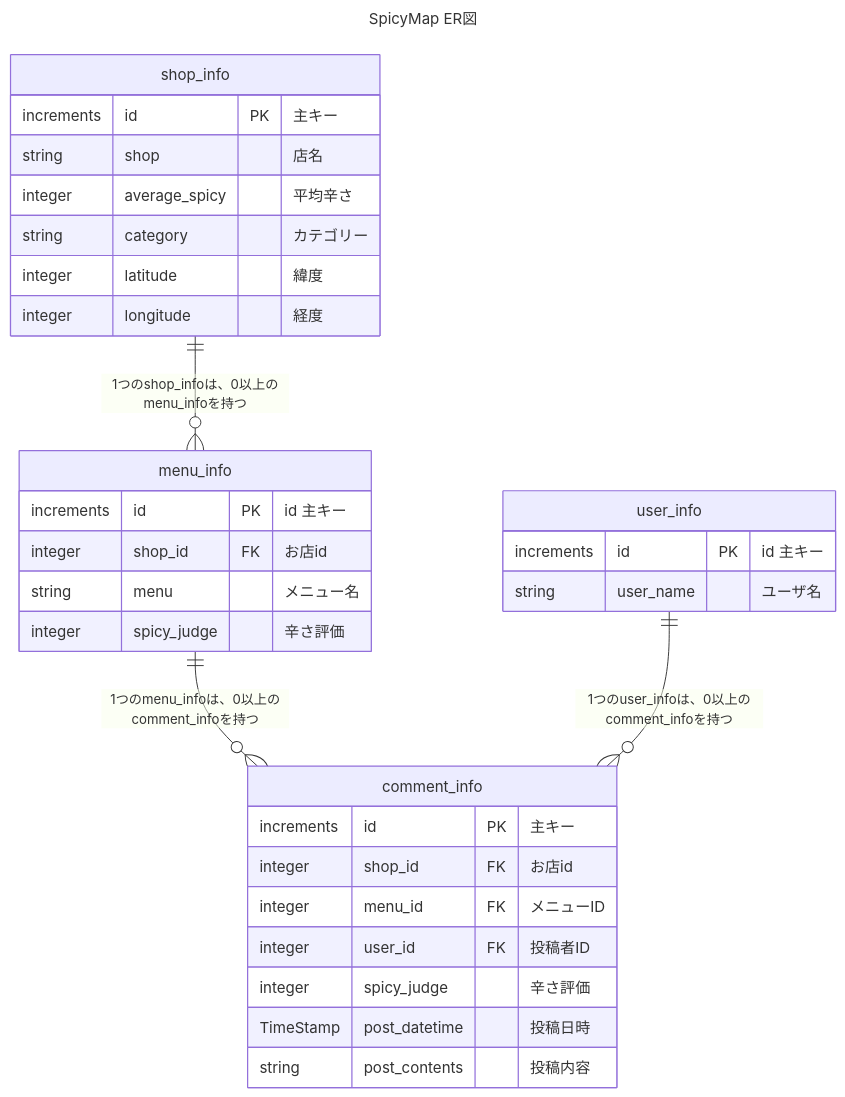
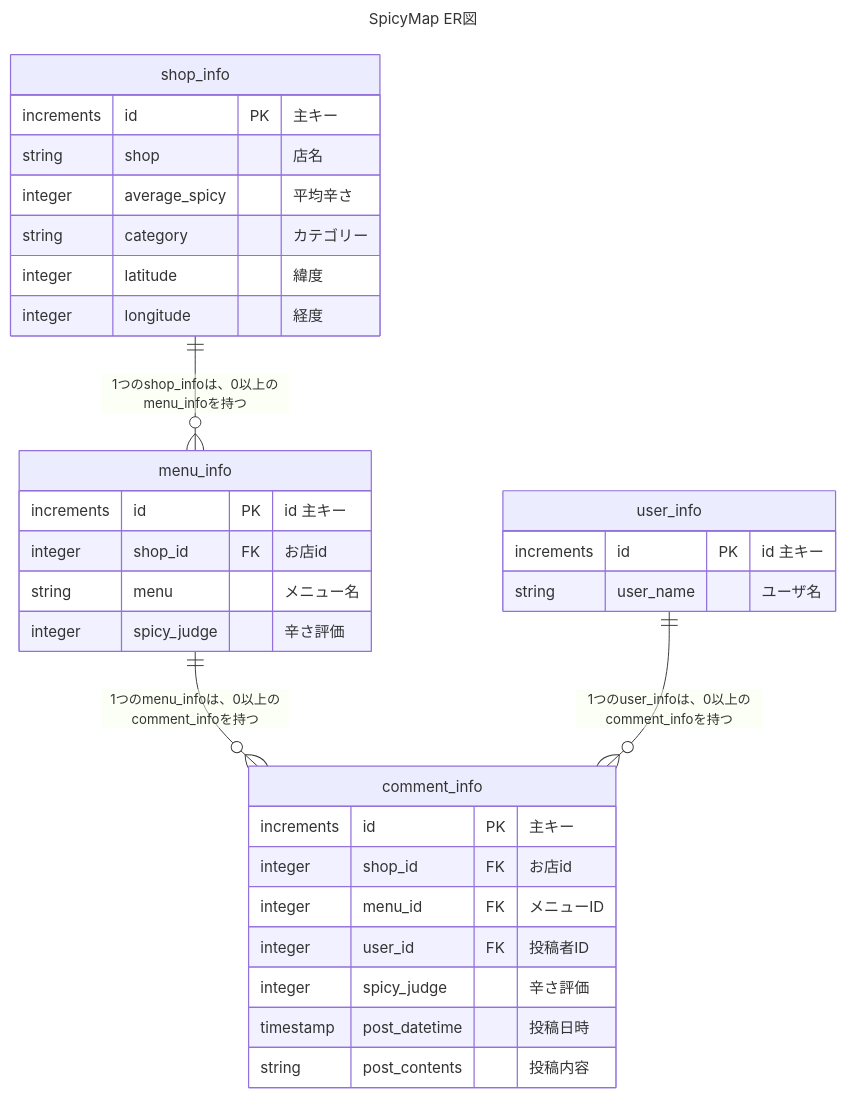
One commit to DIGTeamTrois/SpicyMap changed the diagram in README.md. Above: the diagram before and after it, drawn with Mermaid.

Commit message:
ER図 修正

````diff
--- a/README.md
+++ b/README.md
@@ -3,42 +3,42 @@
 ```mermaid
 ---
 title: "SpicyMap ER図"
 ---
 erDiagram
 
 shop_info {
     increments id PK "主キー"
     string shop "店名"
     integer average_spicy "平均辛さ"
     string category "カテゴリー" 
     integer latitude "緯度"
     integer longitude "経度"
 }
 
 menu_info {
     increments id PK "id 主キー"
     integer shop_id FK "お店id"
     string menu "メニュー名"
     integer spicy_judge "辛さ評価"
 }
 
 
 comment_info {
     increments id PK "主キー"
     integer shop_id FK "お店id"
     integer menu_id FK "メニューID"
     integer user_id FK "投稿者ID"
     integer spicy_judge "辛さ評価"
-    TimeStamp post_datetime "投稿日時" 
+    timestamp post_datetime "投稿日時" 
     string post_contents "投稿内容"
 }
 
 user_info {
     increments id PK "id 主キー"
     string user_name "ユーザ名"
 }
 
 shop_info ||--o{ menu_info : "1つのshop_infoは、0以上のmenu_infoを持つ"
 menu_info ||--o{ comment_info : "1つのmenu_infoは、0以上のcomment_infoを持つ"
 user_info ||--o{ comment_info : "1つのuser_infoは、0以上のcomment_infoを持つ"
 ```
````
